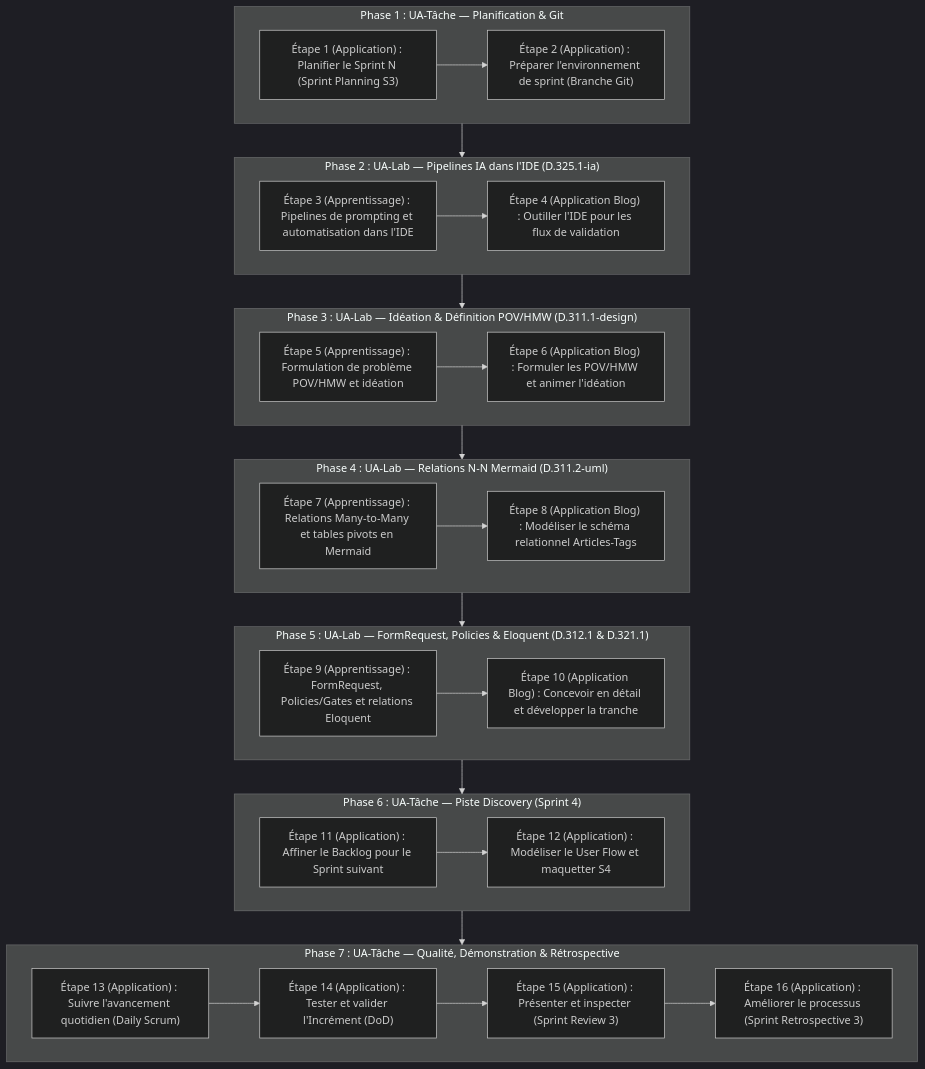
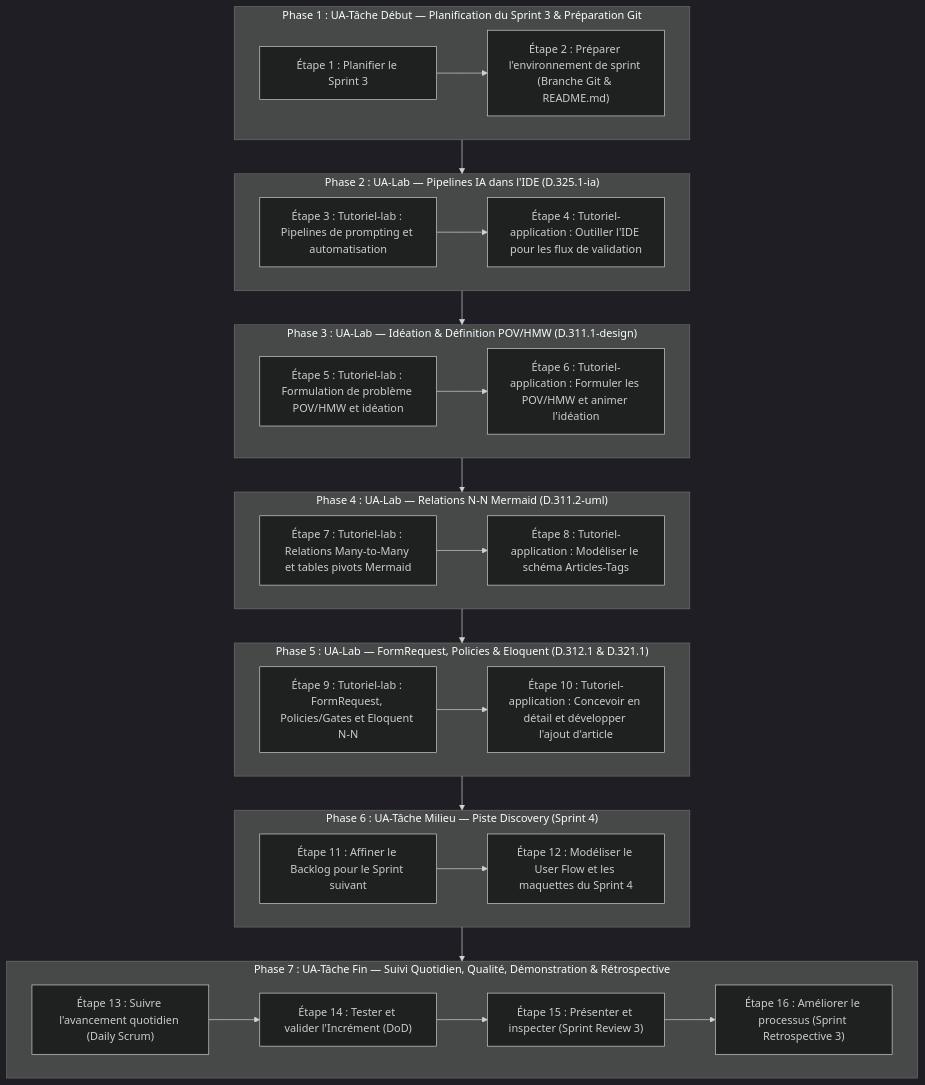
The diagram in flux-travail/sessions/flux-travail-s3.md (labs-web/projet-imiation-n3), drawn with Mermaid (dark theme) before and after one commit. The commit also changed other lines of this file and 9 other files, not shown here.

````diff
--- a/flux-travail/sessions/flux-travail-s3.md
+++ b/flux-travail/sessions/flux-travail-s3.md
@@ -60,48 +60,48 @@
 ```mermaid
 flowchart TD
-    subgraph P1 ["Phase 1 : UA-Tâche — Planification & Git"]
-        E1["Étape 1 (Application) : Planifier le Sprint N (Sprint Planning S3)"]
-        E2["Étape 2 (Application) : Préparer l'environnement de sprint (Branche Git)"]
+    subgraph P1 ["Phase 1 : UA-Tâche Début — Planification du Sprint 3 & Préparation Git"]
+        E1["Étape 1 : Planifier le Sprint 3"]
+        E2["Étape 2 : Préparer l'environnement de sprint (Branche Git & README.md)"]
         E1 --> E2
     end
 
     subgraph P2 ["Phase 2 : UA-Lab — Pipelines IA dans l'IDE (D.325.1-ia)"]
-        E3["Étape 3 (Apprentissage) : Pipelines de prompting et automatisation dans l'IDE"]
-        E4["Étape 4 (Application Blog) : Outiller l'IDE pour les flux de validation"]
+        E3["Étape 3 : Tutoriel-lab : Pipelines de prompting et automatisation"]
+        E4["Étape 4 : Tutoriel-application : Outiller l'IDE pour les flux de validation"]
         E3 --> E4
     end
 
     subgraph P3 ["Phase 3 : UA-Lab — Idéation & Définition POV/HMW (D.311.1-design)"]
-        E5["Étape 5 (Apprentissage) : Formulation de problème POV/HMW et idéation"]
-        E6["Étape 6 (Application Blog) : Formuler les POV/HMW et animer l'idéation"]
+        E5["Étape 5 : Tutoriel-lab : Formulation de problème POV/HMW et idéation"]
+        E6["Étape 6 : Tutoriel-application : Formuler les POV/HMW et animer l'idéation"]
         E5 --> E6
     end
 
     subgraph P4 ["Phase 4 : UA-Lab — Relations N-N Mermaid (D.311.2-uml)"]
-        E7["Étape 7 (Apprentissage) : Relations Many-to-Many et tables pivots en Mermaid"]
-        E8["Étape 8 (Application Blog) : Modéliser le schéma relationnel Articles-Tags"]
+        E7["Étape 7 : Tutoriel-lab : Relations Many-to-Many et tables pivots Mermaid"]
+        E8["Étape 8 : Tutoriel-application : Modéliser le schéma Articles-Tags"]
         E7 --> E8
     end
 
     subgraph P5 ["Phase 5 : UA-Lab — FormRequest, Policies & Eloquent (D.312.1 & D.321.1)"]
-        E9["Étape 9 (Apprentissage) : FormRequest, Policies/Gates et relations Eloquent"]
-        E10["Étape 10 (Application Blog) : Concevoir en détail et développer la tranche"]
+        E9["Étape 9 : Tutoriel-lab : FormRequest, Policies/Gates et Eloquent N-N"]
+        E10["Étape 10 : Tutoriel-application : Concevoir en détail et développer l'ajout d'article"]
         E9 --> E10
     end
 
-    subgraph P6 ["Phase 6 : UA-Tâche — Piste Discovery (Sprint 4)"]
-        E11["Étape 11 (Application) : Affiner le Backlog pour le Sprint suivant"]
-        E12["Étape 12 (Application) : Modéliser le User Flow et maquetter S4"]
+    subgraph P6 ["Phase 6 : UA-Tâche Milieu — Piste Discovery (Sprint 4)"]
+        E11["Étape 11 : Affiner le Backlog pour le Sprint suivant"]
+        E12["Étape 12 : Modéliser le User Flow et les maquettes du Sprint 4"]
         E11 --> E12
     end
 
-    subgraph P7 ["Phase 7 : UA-Tâche — Qualité, Démonstration & Rétrospective"]
-        E13["Étape 13 (Application) : Suivre l'avancement quotidien (Daily Scrum)"]
-        E14["Étape 14 (Application) : Tester et valider l'Incrément (DoD)"]
-        E15["Étape 15 (Application) : Présenter et inspecter (Sprint Review 3)"]
-        E16["Étape 16 (Application) : Améliorer le processus (Sprint Retrospective 3)"]
+    subgraph P7 ["Phase 7 : UA-Tâche Fin — Suivi Quotidien, Qualité, Démonstration & Rétrospective"]
+        E13["Étape 13 : Suivre l'avancement quotidien (Daily Scrum)"]
+        E14["Étape 14 : Tester et valider l'Incrément (DoD)"]
+        E15["Étape 15 : Présenter et inspecter (Sprint Review 3)"]
+        E16["Étape 16 : Améliorer le processus (Sprint Retrospective 3)"]
         E13 --> E14 --> E15 --> E16
     end
 
     P1 --> P2 --> P3 --> P4 --> P5 --> P6 --> P7
 ```
````
